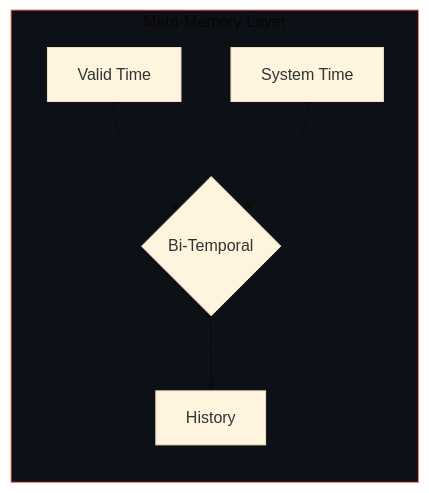
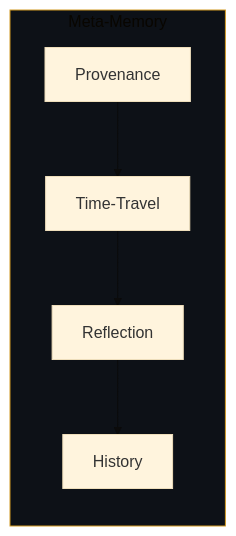
One commit to delta-prime/.github changed the fifth of 6 diagrams in profile/README.md. Above: the diagram before and after it, drawn with Mermaid (base theme). The commit also changed other lines of this file, not shown here.

First line of the commit message:
docs: fix cognitive stack diagrams + add meta-memory

````diff
--- a/profile/README.md
+++ b/profile/README.md
@@ -107,11 +130,11 @@
 ```mermaid
 flowchart LR
-    subgraph META["Meta-Memory Layer"]
+    subgraph META["Meta-Memory"]
         direction TB
-        VT[Valid Time] --> BT{Bi-Temporal}
-        ST[System Time] --> BT
-        BT --> H[History]
+        P[Provenance] --> T[Time-Travel]
+        T --> R[Reflection]
+        R --> H[History]
     end
     
-    style META fill:#0d1117,stroke:#f78166
+    style META fill:#0d1117,stroke:#d29922
 ```
````
